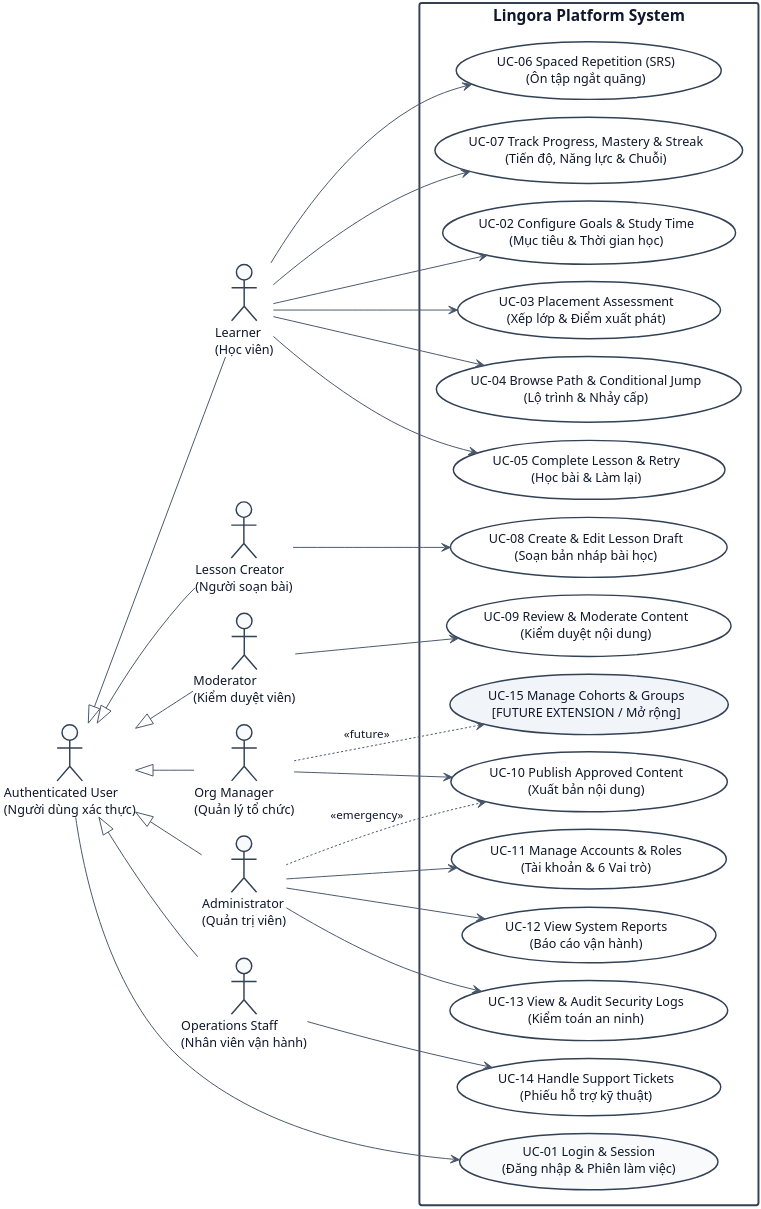
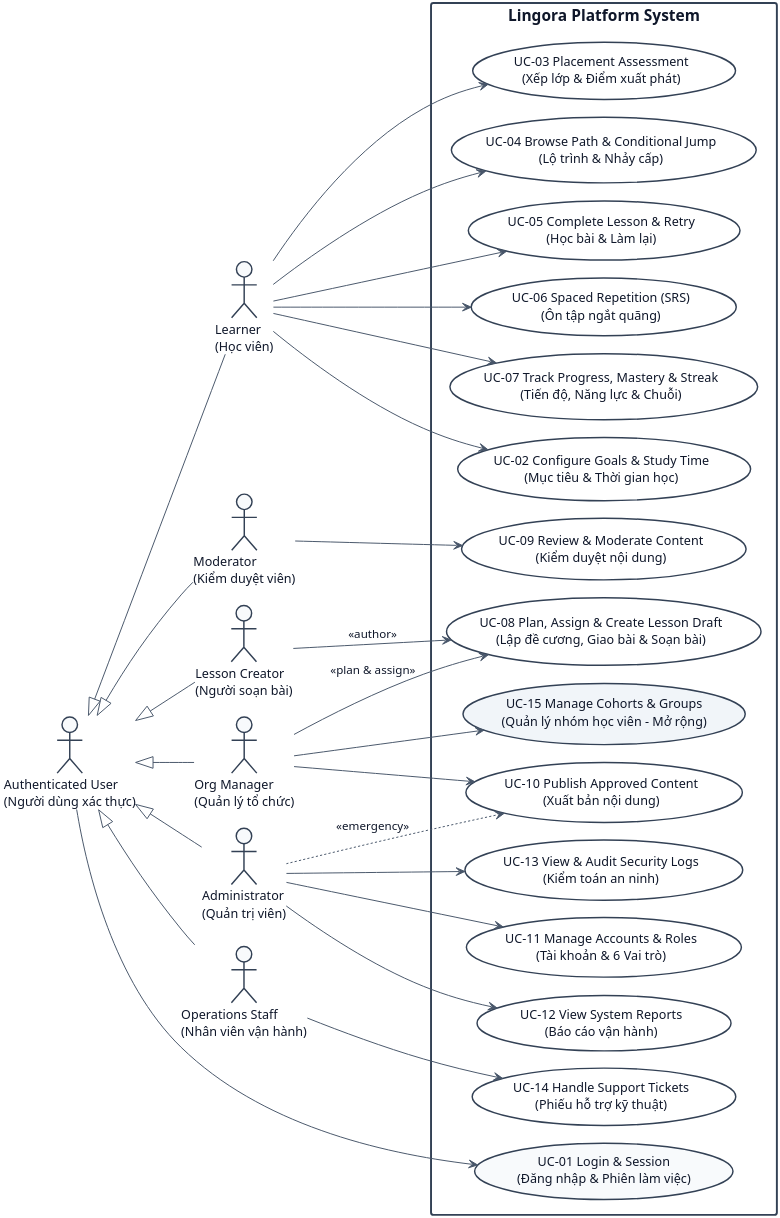
The diagram in docs/diagrams/lingora-modeling/src/02-usecase-overall.puml (PhamNguyenThanhTung/lingora-workspace), drawn with PlantUML before and after one commit. The commit also changed 4 other files, not shown here.

Commit message:
feat(docs): integrate Org Manager curriculum planning and assignment into UC-08 across diagrams and deck

```diff
--- a/docs/diagrams/lingora-modeling/src/02-usecase-overall.puml
+++ b/docs/diagrams/lingora-modeling/src/02-usecase-overall.puml
@@ -1,103 +1,104 @@
 @startuml
 skinparam backgroundColor #FFFFFF
 skinparam shadowing false
 skinparam defaultFontName "Calibri", "Segoe UI", Arial, sans-serif
 skinparam defaultFontSize 14
 skinparam defaultFontColor #0F172A
 skinparam dpi 300
 
 skinparam usecase {
     BackgroundColor #FFFFFF
     BorderColor #334155
     BorderThickness 1.5
     FontSize 13
     ArrowColor #475569
     ArrowFontSize 12
 }
 
 skinparam actor {
     BackgroundColor #F8FAFC
     BorderColor #334155
     BorderThickness 1.5
     FontSize 13
 }
 
 skinparam rectangle {
     BorderColor #334155
     BorderThickness 2
     FontSize 16
     FontStyle bold
 }
 
 left to right direction
 skinparam nodesep 18
 skinparam ranksep 45
 
 ' Base authenticated user
 actor "Authenticated User\n(Người dùng xác thực)" as AuthUser
 
 ' Specialized Actors inheriting from Authenticated User
 actor "Learner\n(Học viên)" as Learner
 actor "Lesson Creator\n(Người soạn bài)" as Creator
 actor "Moderator\n(Kiểm duyệt viên)" as Moderator
 actor "Org Manager\n(Quản lý tổ chức)" as OrgMgr
 actor "Administrator\n(Quản trị viên)" as Admin
 actor "Operations Staff\n(Nhân viên vận hành)" as OpsStaff
 
 ' Inheritance hierarchy (All 6 roles inherit Authenticated User)
 Learner -up-|> AuthUser
 Creator -up-|> AuthUser
 Moderator -up-|> AuthUser
 OrgMgr -up-|> AuthUser
 Admin -up-|> AuthUser
 OpsStaff -up-|> AuthUser
 
 rectangle "Lingora Platform System" {
   usecase "UC-01 Login & Session\n(Đăng nhập & Phiên làm việc)" as UC01 #F8FAFC
 
   usecase "UC-02 Configure Goals & Study Time\n(Mục tiêu & Thời gian học)" as UC02
   usecase "UC-03 Placement Assessment\n(Xếp lớp & Điểm xuất phát)" as UC03
   usecase "UC-04 Browse Path & Conditional Jump\n(Lộ trình & Nhảy cấp)" as UC04
   usecase "UC-05 Complete Lesson & Retry\n(Học bài & Làm lại)" as UC05
   usecase "UC-06 Spaced Repetition (SRS)\n(Ôn tập ngắt quãng)" as UC06
   usecase "UC-07 Track Progress, Mastery & Streak\n(Tiến độ, Năng lực & Chuỗi)" as UC07
 
-  usecase "UC-08 Create & Edit Lesson Draft\n(Soạn bản nháp bài học)" as UC08
+  usecase "UC-08 Plan, Assign & Create Lesson Draft\n(Lập đề cương, Giao bài & Soạn bài)" as UC08
   usecase "UC-09 Review & Moderate Content\n(Kiểm duyệt nội dung)" as UC09
   usecase "UC-10 Publish Approved Content\n(Xuất bản nội dung)" as UC10
 
   usecase "UC-11 Manage Accounts & Roles\n(Tài khoản & 6 Vai trò)" as UC11
   usecase "UC-12 View System Reports\n(Báo cáo vận hành)" as UC12
   usecase "UC-13 View & Audit Security Logs\n(Kiểm toán an ninh)" as UC13
   usecase "UC-14 Handle Support Tickets\n(Phiếu hỗ trợ kỹ thuật)" as UC14
-  usecase "UC-15 Manage Cohorts & Groups\n[FUTURE EXTENSION / Mở rộng]" as UC15 #F1F5F9
+  usecase "UC-15 Manage Cohorts & Groups\n(Quản lý nhóm học viên - Mở rộng)" as UC15 #F1F5F9
 }
 
 ' All authenticated users must login to establish session
 AuthUser --> UC01
 
 ' Learner use cases
 Learner --> UC02
 Learner --> UC03
 Learner --> UC04
 Learner --> UC05
 Learner --> UC06
 Learner --> UC07
 
 ' Content management use cases
-Creator --> UC08
+Creator --> UC08 : <<author>>
+OrgMgr --> UC08 : <<plan & assign>>
 Moderator --> UC09
 
 ' Publishing & Governance use cases
 OrgMgr --> UC10
-OrgMgr ..> UC15 : <<future>>
+OrgMgr --> UC15
 
 Admin --> UC11
 Admin --> UC12
 Admin --> UC13
 Admin ..> UC10 : <<emergency>>
 
 ' Support use cases
 OpsStaff --> UC14
 
 @enduml
```
